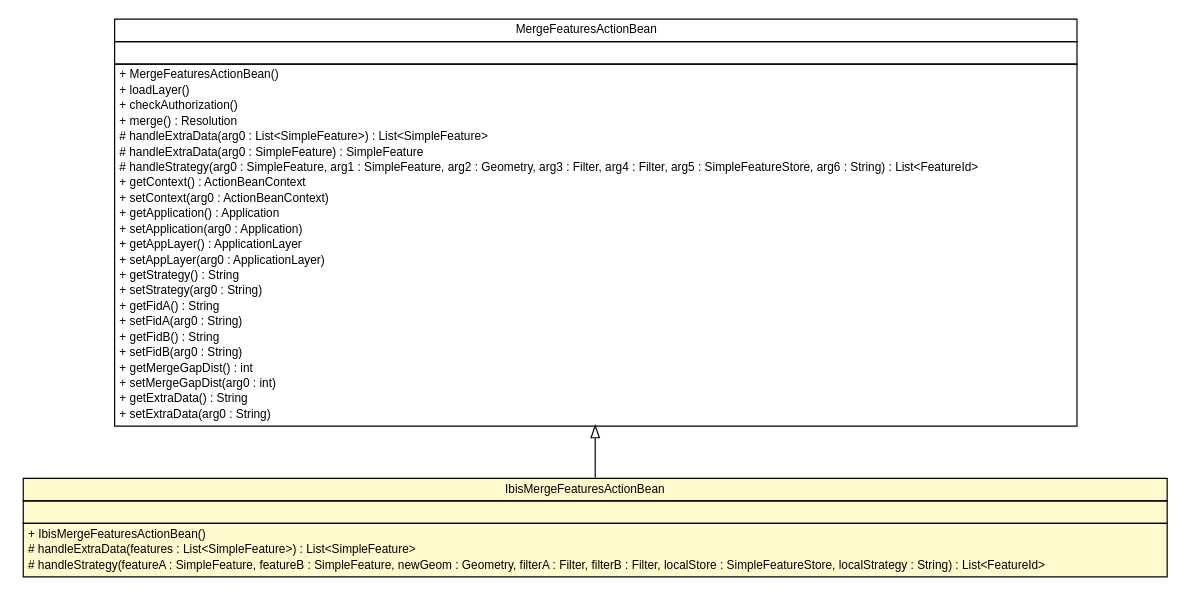
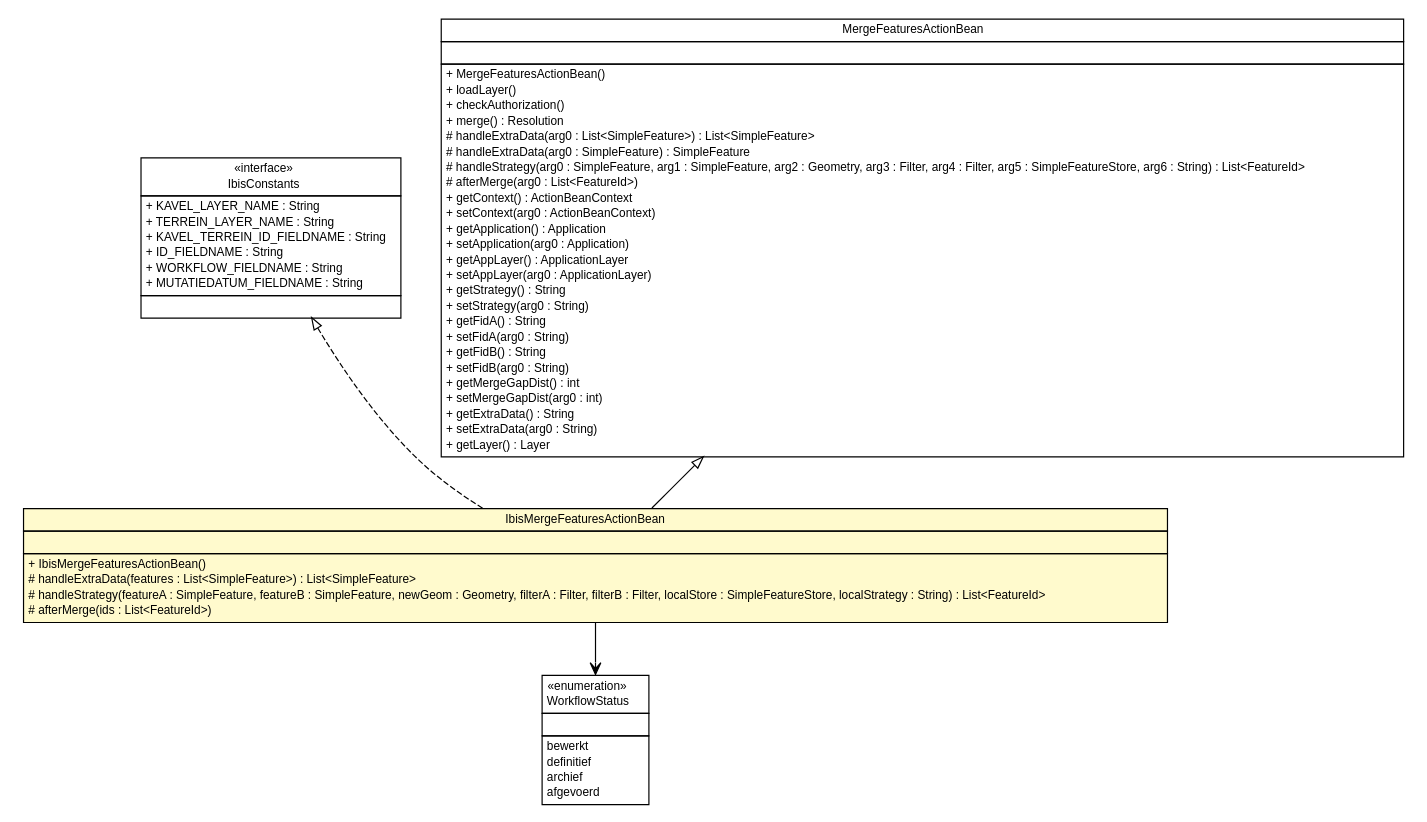
Before and after one commit to B3Partners/flamingo-ibis: the diagram in ibis-viewer/apidocs/nl/b3p/viewer/stripes/IbisMergeFeaturesActionBean.dot, drawn with Graphviz. The commit also changed 137 other files, not shown here.

```diff
--- a/ibis-viewer/apidocs/nl/b3p/viewer/stripes/IbisMergeFeaturesActionBean.dot
+++ b/ibis-viewer/apidocs/nl/b3p/viewer/stripes/IbisMergeFeaturesActionBean.dot
@@ -1,62 +1,103 @@
 #!/usr/local/bin/dot
 #
 # Class diagram 
 # Generated by UMLGraph version R5_6-24-gf6e263 (http://www.umlgraph.org/)
 #
 
 digraph G {
 	edge [fontname="Helvetica",fontsize=10,labelfontname="Helvetica",labelfontsize=10];
 	node [fontname="Helvetica",fontsize=10,shape=plaintext];
 	nodesep=0.25;
 	ranksep=0.5;
+	// nl.b3p.viewer.ibis.util.IbisConstants
+	c219 [label=<<table title="nl.b3p.viewer.ibis.util.IbisConstants" border="0" cellborder="1" cellspacing="0" cellpadding="2" port="p" href="../ibis/util/IbisConstants.html">
+		<tr><td><table border="0" cellspacing="0" cellpadding="1">
+<tr><td align="center" balign="center"> &#171;interface&#187; </td></tr>
+<tr><td align="center" balign="center"> IbisConstants </td></tr>
+		</table></td></tr>
+		<tr><td><table border="0" cellspacing="0" cellpadding="1">
+<tr><td align="left" balign="left"> + KAVEL_LAYER_NAME : String </td></tr>
+<tr><td align="left" balign="left"> + TERREIN_LAYER_NAME : String </td></tr>
+<tr><td align="left" balign="left"> + KAVEL_TERREIN_ID_FIELDNAME : String </td></tr>
+<tr><td align="left" balign="left"> + ID_FIELDNAME : String </td></tr>
+<tr><td align="left" balign="left"> + WORKFLOW_FIELDNAME : String </td></tr>
+<tr><td align="left" balign="left"> + MUTATIEDATUM_FIELDNAME : String </td></tr>
+		</table></td></tr>
+		<tr><td><table border="0" cellspacing="0" cellpadding="1">
+<tr><td align="left" balign="left">  </td></tr>
+		</table></td></tr>
+		</table>>, URL="../ibis/util/IbisConstants.html", fontname="Helvetica", fontcolor="black", fontsize=10.0];
+	// nl.b3p.viewer.ibis.util.WorkflowStatus
+	c220 [label=<<table title="nl.b3p.viewer.ibis.util.WorkflowStatus" border="0" cellborder="1" cellspacing="0" cellpadding="2" port="p" href="../ibis/util/WorkflowStatus.html">
+		<tr><td><table border="0" cellspacing="0" cellpadding="1">
+<tr><td align="center" balign="center"> &#171;enumeration&#187; </td></tr>
+<tr><td align="center" balign="center"> WorkflowStatus </td></tr>
+		</table></td></tr>
+		<tr><td><table border="0" cellspacing="0" cellpadding="1">
+<tr><td align="left" balign="left">  </td></tr>
+		</table></td></tr>
+		<tr><td><table border="0" cellspacing="0" cellpadding="1">
+<tr><td align="left" balign="left"> bewerkt </td></tr>
+<tr><td align="left" balign="left"> definitief </td></tr>
+<tr><td align="left" balign="left"> archief </td></tr>
+<tr><td align="left" balign="left"> afgevoerd </td></tr>
+		</table></td></tr>
+		</table>>, URL="../ibis/util/WorkflowStatus.html", fontname="Helvetica", fontcolor="black", fontsize=10.0];
 	// nl.b3p.viewer.stripes.IbisMergeFeaturesActionBean
-	c128 [label=<<table title="nl.b3p.viewer.stripes.IbisMergeFeaturesActionBean" border="0" cellborder="1" cellspacing="0" cellpadding="2" port="p" bgcolor="lemonChiffon" href="./IbisMergeFeaturesActionBean.html">
+	c228 [label=<<table title="nl.b3p.viewer.stripes.IbisMergeFeaturesActionBean" border="0" cellborder="1" cellspacing="0" cellpadding="2" port="p" bgcolor="lemonChiffon" href="./IbisMergeFeaturesActionBean.html">
 		<tr><td><table border="0" cellspacing="0" cellpadding="1">
 <tr><td align="center" balign="center"> IbisMergeFeaturesActionBean </td></tr>
 		</table></td></tr>
 		<tr><td><table border="0" cellspacing="0" cellpadding="1">
 <tr><td align="left" balign="left">  </td></tr>
 		</table></td></tr>
 		<tr><td><table border="0" cellspacing="0" cellpadding="1">
 <tr><td align="left" balign="left"> + IbisMergeFeaturesActionBean() </td></tr>
 <tr><td align="left" balign="left"> # handleExtraData(features : List&lt;SimpleFeature&gt;) : List&lt;SimpleFeature&gt; </td></tr>
 <tr><td align="left" balign="left"> # handleStrategy(featureA : SimpleFeature, featureB : SimpleFeature, newGeom : Geometry, filterA : Filter, filterB : Filter, localStore : SimpleFeatureStore, localStrategy : String) : List&lt;FeatureId&gt; </td></tr>
+<tr><td align="left" balign="left"> # afterMerge(ids : List&lt;FeatureId&gt;) </td></tr>
 		</table></td></tr>
 		</table>>, URL="./IbisMergeFeaturesActionBean.html", fontname="Helvetica", fontcolor="black", fontsize=10.0];
 	//nl.b3p.viewer.stripes.IbisMergeFeaturesActionBean extends nl.b3p.viewer.stripes.MergeFeaturesActionBean
-	c130:p -> c128:p [dir=back,arrowtail=empty];
+	c231:p -> c228:p [dir=back,arrowtail=empty];
+	//nl.b3p.viewer.stripes.IbisMergeFeaturesActionBean implements nl.b3p.viewer.ibis.util.IbisConstants
+	c219:p -> c228:p [dir=back,arrowtail=empty,style=dashed];
+	// nl.b3p.viewer.stripes.IbisMergeFeaturesActionBean NAVASSOC nl.b3p.viewer.ibis.util.WorkflowStatus
+	c228:p -> c220:p [taillabel="", label="", headlabel="", fontname="Helvetica", fontcolor="black", fontsize=10.0, color="black", arrowhead=open];
 	// nl.b3p.viewer.stripes.MergeFeaturesActionBean
-	c130 [label=<<table title="nl.b3p.viewer.stripes.MergeFeaturesActionBean" border="0" cellborder="1" cellspacing="0" cellpadding="2" port="p">
+	c231 [label=<<table title="nl.b3p.viewer.stripes.MergeFeaturesActionBean" border="0" cellborder="1" cellspacing="0" cellpadding="2" port="p">
 		<tr><td><table border="0" cellspacing="0" cellpadding="1">
 <tr><td align="center" balign="center"> MergeFeaturesActionBean </td></tr>
 		</table></td></tr>
 		<tr><td><table border="0" cellspacing="0" cellpadding="1">
 <tr><td align="left" balign="left">  </td></tr>
 		</table></td></tr>
 		<tr><td><table border="0" cellspacing="0" cellpadding="1">
 <tr><td align="left" balign="left"> + MergeFeaturesActionBean() </td></tr>
 <tr><td align="left" balign="left"> + loadLayer() </td></tr>
 <tr><td align="left" balign="left"> + checkAuthorization() </td></tr>
 <tr><td align="left" balign="left"> + merge() : Resolution </td></tr>
 <tr><td align="left" balign="left"> # handleExtraData(arg0 : List&lt;SimpleFeature&gt;) : List&lt;SimpleFeature&gt; </td></tr>
 <tr><td align="left" balign="left"> # handleExtraData(arg0 : SimpleFeature) : SimpleFeature </td></tr>
 <tr><td align="left" balign="left"> # handleStrategy(arg0 : SimpleFeature, arg1 : SimpleFeature, arg2 : Geometry, arg3 : Filter, arg4 : Filter, arg5 : SimpleFeatureStore, arg6 : String) : List&lt;FeatureId&gt; </td></tr>
+<tr><td align="left" balign="left"> # afterMerge(arg0 : List&lt;FeatureId&gt;) </td></tr>
 <tr><td align="left" balign="left"> + getContext() : ActionBeanContext </td></tr>
 <tr><td align="left" balign="left"> + setContext(arg0 : ActionBeanContext) </td></tr>
 <tr><td align="left" balign="left"> + getApplication() : Application </td></tr>
 <tr><td align="left" balign="left"> + setApplication(arg0 : Application) </td></tr>
 <tr><td align="left" balign="left"> + getAppLayer() : ApplicationLayer </td></tr>
 <tr><td align="left" balign="left"> + setAppLayer(arg0 : ApplicationLayer) </td></tr>
 <tr><td align="left" balign="left"> + getStrategy() : String </td></tr>
 <tr><td align="left" balign="left"> + setStrategy(arg0 : String) </td></tr>
 <tr><td align="left" balign="left"> + getFidA() : String </td></tr>
 <tr><td align="left" balign="left"> + setFidA(arg0 : String) </td></tr>
 <tr><td align="left" balign="left"> + getFidB() : String </td></tr>
 <tr><td align="left" balign="left"> + setFidB(arg0 : String) </td></tr>
 <tr><td align="left" balign="left"> + getMergeGapDist() : int </td></tr>
 <tr><td align="left" balign="left"> + setMergeGapDist(arg0 : int) </td></tr>
 <tr><td align="left" balign="left"> + getExtraData() : String </td></tr>
 <tr><td align="left" balign="left"> + setExtraData(arg0 : String) </td></tr>
+<tr><td align="left" balign="left"> + getLayer() : Layer </td></tr>
 		</table></td></tr>
 		</table>>, URL="null", fontname="Helvetica", fontcolor="black", fontsize=10.0];
 }
```
